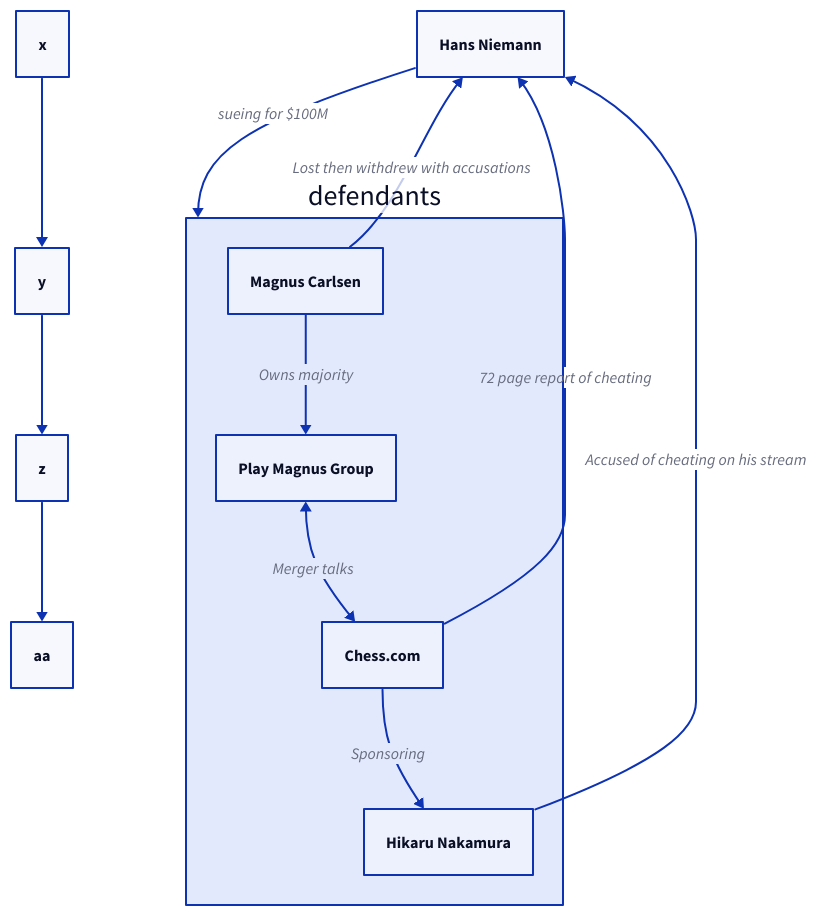
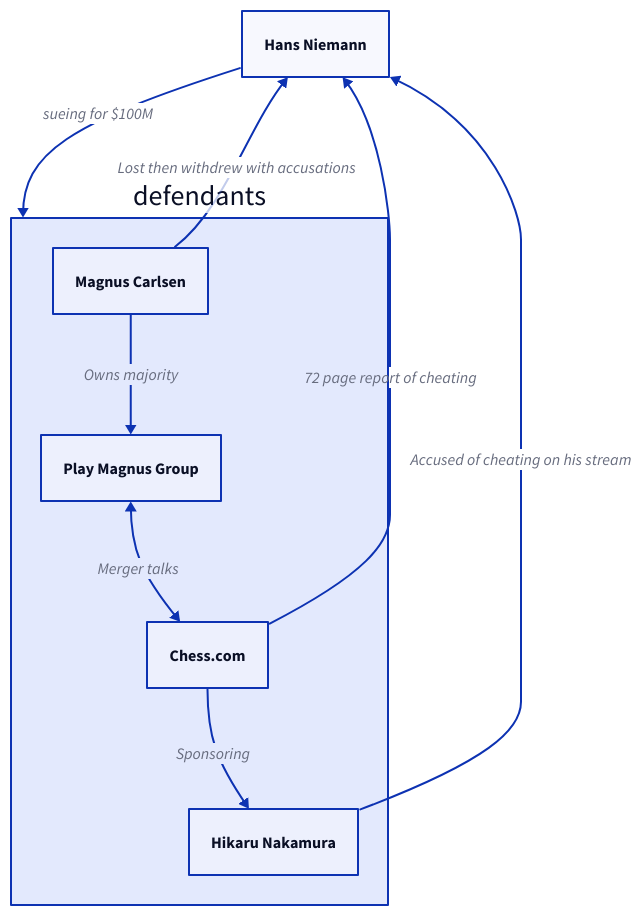
One commit to dtjabring123/dariel-tech-radar changed the diagram in d2lang/sample.d2. Above: the diagram before and after it, drawn with D2. The commit also changed 16 other files, not shown here.

Commit message:
programmable diagrams

```diff
--- a/d2lang/sample.d2
+++ b/d2lang/sample.d2
@@ -1,24 +1,22 @@
-x -> y -> z -> aa
-
 
 # Actors
 hans: Hans Niemann
 
 defendants: {
   mc: Magnus Carlsen
   playmagnus: Play Magnus Group
   chesscom: Chess.com
   naka: Hikaru Nakamura
 
   mc -> playmagnus: Owns majority
   playmagnus <-> chesscom: Merger talks
   chesscom -> naka: Sponsoring
 }
 
 # Accusations
 hans -> defendants: 'sueing for $100M'
 
 # Offense
 defendants.naka -> hans: Accused of cheating on his stream
 defendants.mc -> hans: Lost then withdrew with accusations
 defendants.chesscom -> hans: 72 page report of cheating
```
